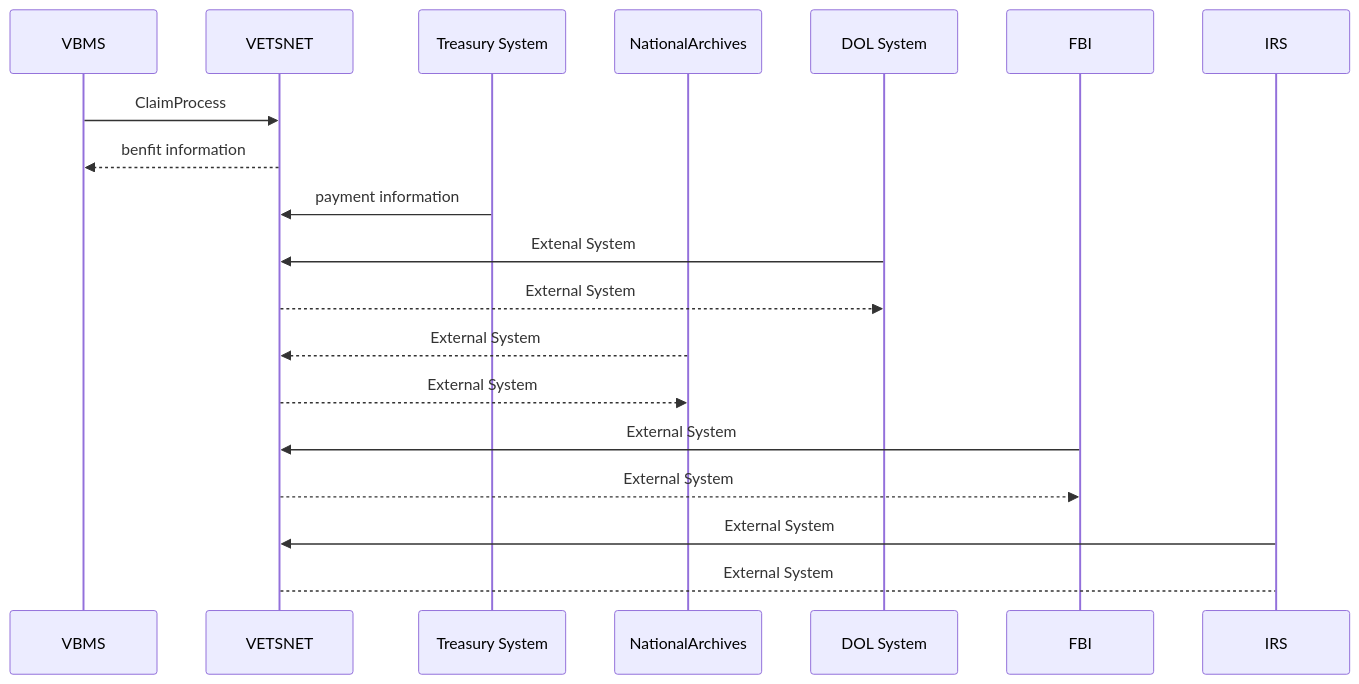
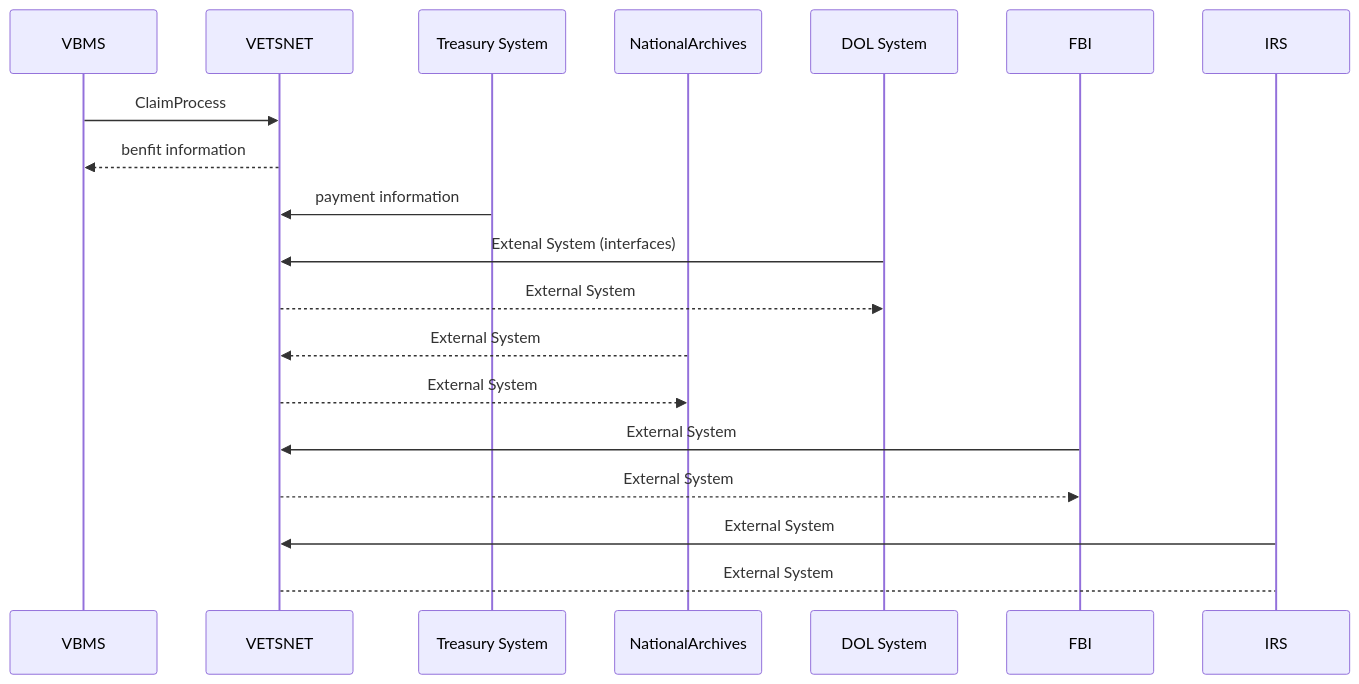
Before and after one commit to RickyJe/VBMS: the diagram in Veterans Service Network.md, drawn with Mermaid.

Commit message:
Update Veterans Service Network.md

````diff
--- a/Veterans Service Network.md
+++ b/Veterans Service Network.md
@@ -1,19 +1,19 @@
 ```mermaid
 sequenceDiagram
     Participant VBMS
     Participant VETSNET
     Participant Treasury System
     Participant NationalArchives
     Participant DOL System
     VBMS ->> VETSNET: ClaimProcess
     VETSNET -->> VBMS: benfit information
     Treasury System ->> VETSNET:  payment information
-    DOL System ->> VETSNET :Extenal System
+    DOL System ->> VETSNET :Extenal System (interfaces)
     VETSNET -->> DOL System : External System
     NationalArchives -->> VETSNET : External System
     VETSNET -->> NationalArchives: External System
     FBI ->> VETSNET : External System
     VETSNET -->> FBI : External System
     IRS->> VETSNET : External System
     VETSNET --> IRS: External System
 ```
````
